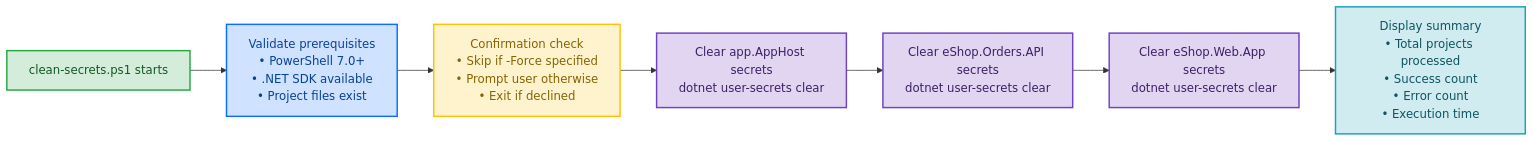
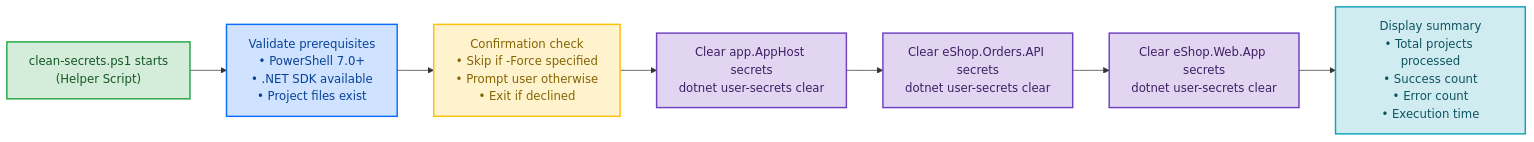
One commit to Evilazaro/Azure-LogicApps-Monitoring changed the diagram in hooks/clean-secrets.md. Above: the diagram before and after it, drawn with Mermaid. The commit also changed other lines of this file and 8 other files, not shown here.

````diff
--- a/hooks/clean-secrets.md
+++ b/hooks/clean-secrets.md
@@ -317,22 +325,22 @@
 ```mermaid
 flowchart LR
-    Start["clean-secrets.ps1 starts"]
+    Start["clean-secrets.ps1 starts<br/>(Helper Script)"]
     Start --> Validate["Validate prerequisites<br/>• PowerShell 7.0+<br/>• .NET SDK available<br/>• Project files exist"]
     Validate --> Confirm["Confirmation check<br/>• Skip if -Force specified<br/>• Prompt user otherwise<br/>• Exit if declined"]
     Confirm --> Clear1["Clear app.AppHost secrets<br/>dotnet user-secrets clear"]
     Clear1 --> Clear2["Clear eShop.Orders.API secrets<br/>dotnet user-secrets clear"]
     Clear2 --> Clear3["Clear eShop.Web.App secrets<br/>dotnet user-secrets clear"]
     Clear3 --> Summary["Display summary<br/>• Total projects processed<br/>• Success count<br/>• Error count<br/>• Execution time"]
     
     classDef startClass fill:#d4edda,stroke:#28a745,stroke-width:2px,color:#155724
     classDef validateClass fill:#cfe2ff,stroke:#0d6efd,stroke-width:2px,color:#084298
     classDef confirmClass fill:#fff3cd,stroke:#ffc107,stroke-width:2px,color:#856404
     classDef clearClass fill:#e2d5f1,stroke:#6f42c1,stroke-width:2px,color:#3d2065
     classDef summaryClass fill:#d1ecf1,stroke:#17a2b8,stroke-width:2px,color:#0c5460
     
     class Start startClass
     class Validate validateClass
     class Confirm confirmClass
     class Clear1,Clear2,Clear3 clearClass
     class Summary summaryClass
 ```
````
